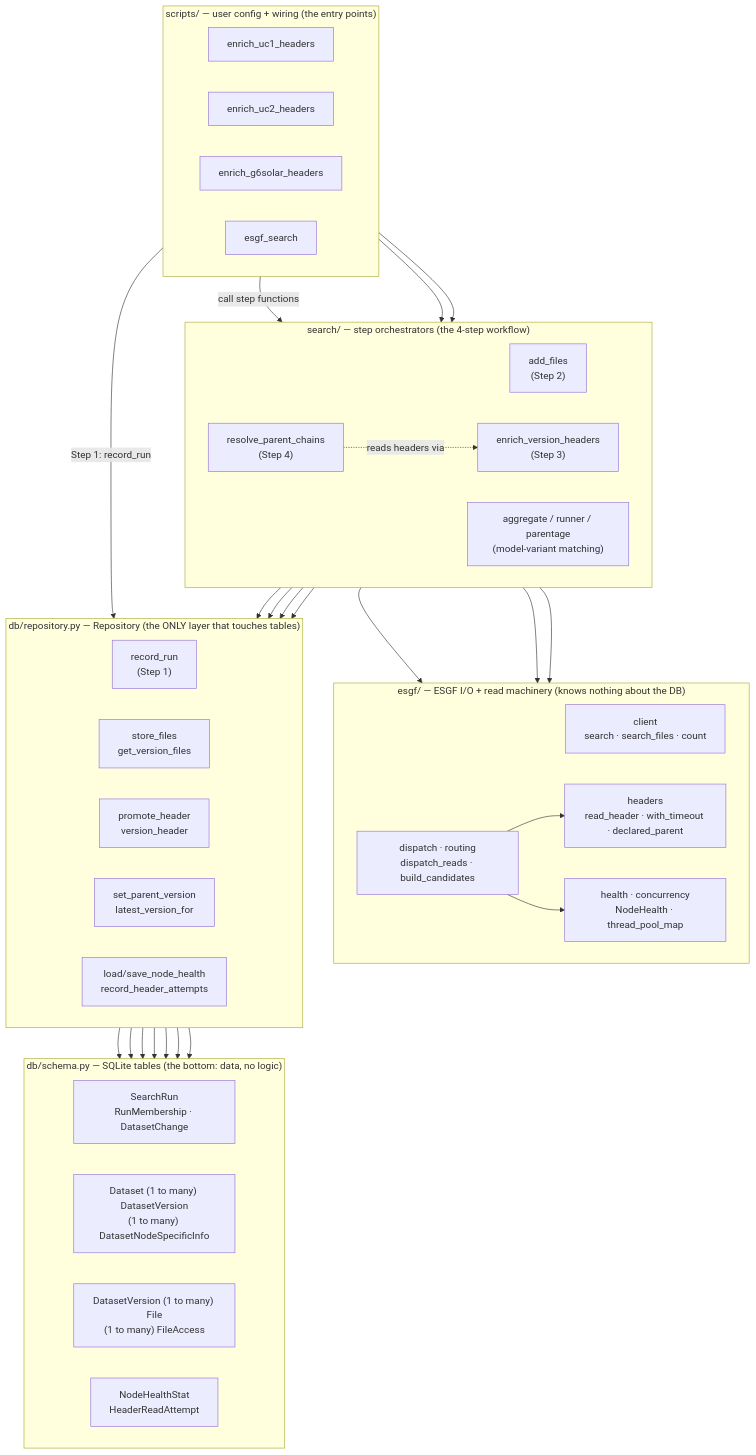
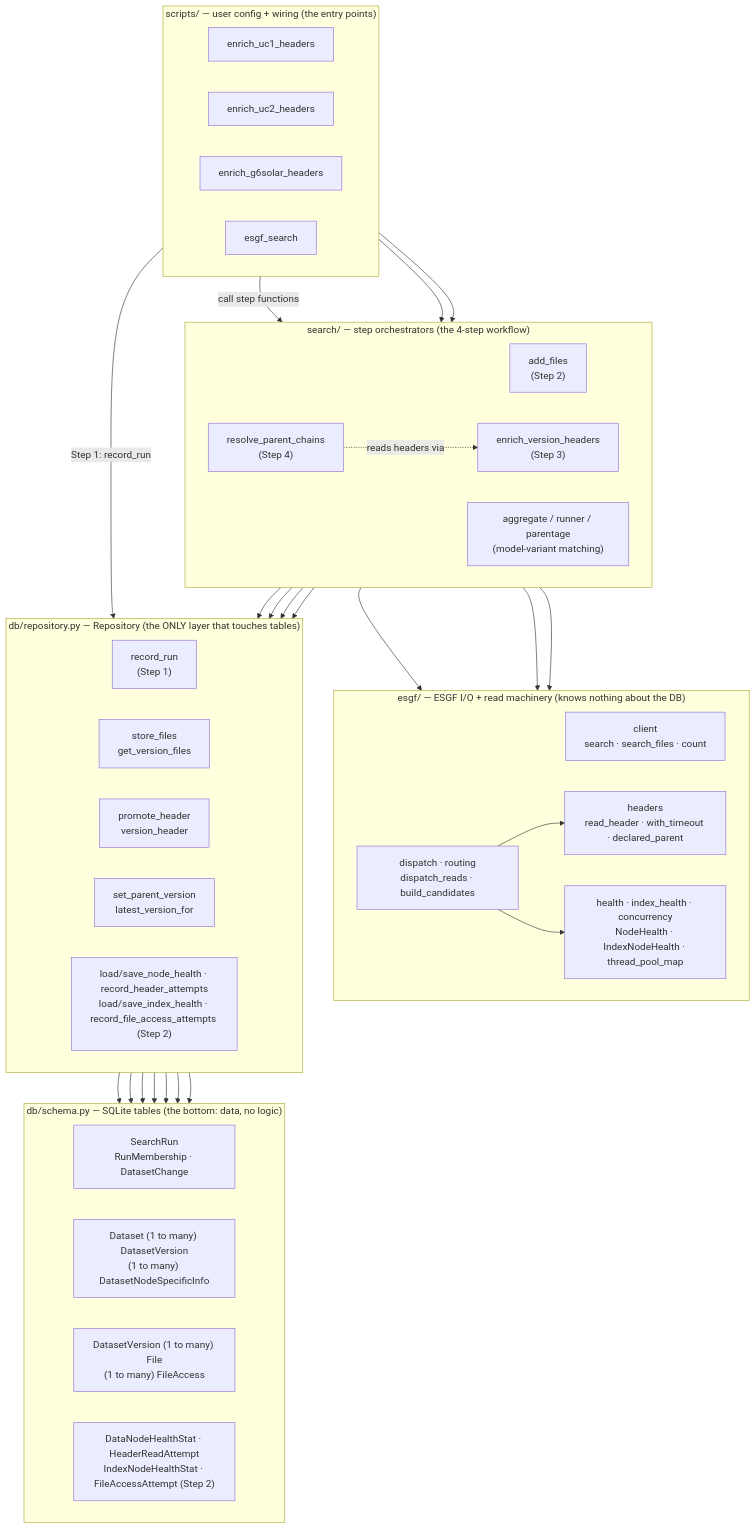
One commit to znicholls/CMIP-Data-Manager-Playground changed the diagram in design/repository-layering.md. Above: the diagram before and after it, drawn with Mermaid. The commit also changed other lines of this file and 32 other files, not shown here.

````diff
--- a/design/repository-layering.md
+++ b/design/repository-layering.md
@@ -13,72 +13,72 @@
 ```mermaid
 flowchart TB
     subgraph L4["scripts/ — user config + wiring (the entry points)"]
         direction LR
         UC1["enrich_uc1_headers"]
         UC2["enrich_uc2_headers"]
         G6["enrich_g6solar_headers"]
         SRCH["esgf_search"]
     end
 
     subgraph L3["search/ — step orchestrators (the 4-step workflow)"]
         direction LR
         ADD["add_files<br/>(Step 2)"]
         ENR["enrich_version_headers<br/>(Step 3)"]
         WALK["resolve_parent_chains<br/>(Step 4)"]
         AGG["aggregate / runner / parentage<br/>(model-variant matching)"]
     end
 
     subgraph L2["esgf/ — ESGF I/O + read machinery (knows nothing about the DB)"]
         direction LR
         CLIENT["client<br/>search · search_files · count"]
         DISP["dispatch · routing<br/>dispatch_reads · build_candidates"]
         HDR["headers<br/>read_header · with_timeout · declared_parent"]
-        HEALTH["health · concurrency<br/>NodeHealth · thread_pool_map"]
+        HEALTH["health · index_health · concurrency<br/>NodeHealth · IndexNodeHealth · thread_pool_map"]
     end
 
     subgraph L1["db/repository.py — Repository (the ONLY layer that touches tables)"]
         direction LR
         RR["record_run<br/>(Step 1)"]
         SF["store_files<br/>get_version_files"]
         PH["promote_header<br/>version_header"]
         SPV["set_parent_version<br/>latest_version_for"]
-        NH["load/save_node_health<br/>record_header_attempts"]
+        NH["load/save_node_health · record_header_attempts<br/>load/save_index_health · record_file_access_attempts (Step 2)"]
     end
 
     subgraph L0["db/schema.py — SQLite tables (the bottom: data, no logic)"]
         direction LR
         T_RUN["SearchRun<br/>RunMembership · DatasetChange"]
         T_DS["Dataset (1 to many) DatasetVersion<br/>(1 to many) DatasetNodeSpecificInfo"]
         T_FILE["DatasetVersion (1 to many) File<br/>(1 to many) FileAccess"]
-        T_OBS["NodeHealthStat<br/>HeaderReadAttempt"]
+        T_OBS["DataNodeHealthStat · HeaderReadAttempt<br/>IndexNodeHealthStat · FileAccessAttempt (Step 2)"]
     end
 
     %% scripts drive the workflow
     L4 -->|"Step 1: record_run"| RR
     L4 -->|"call step functions"| ADD
     L4 --> ENR
     L4 --> WALK
 
     %% search functions use ESGF I/O for the network side...
     ADD --> CLIENT
     ENR --> DISP
     WALK --> CLIENT
     DISP --> HDR
     DISP --> HEALTH
 
     %% ...and Repository for the persistence side
     ADD --> SF
     ENR --> PH
     ENR --> NH
     WALK --> SPV
     WALK -.->|"reads headers via"| ENR
 
     %% Repository is the only thing that reaches the tables
     RR --> T_RUN
     RR --> T_DS
     SF --> T_FILE
     PH --> T_FILE
     PH --> T_DS
     SPV --> T_DS
     NH --> T_OBS
 ```
````
